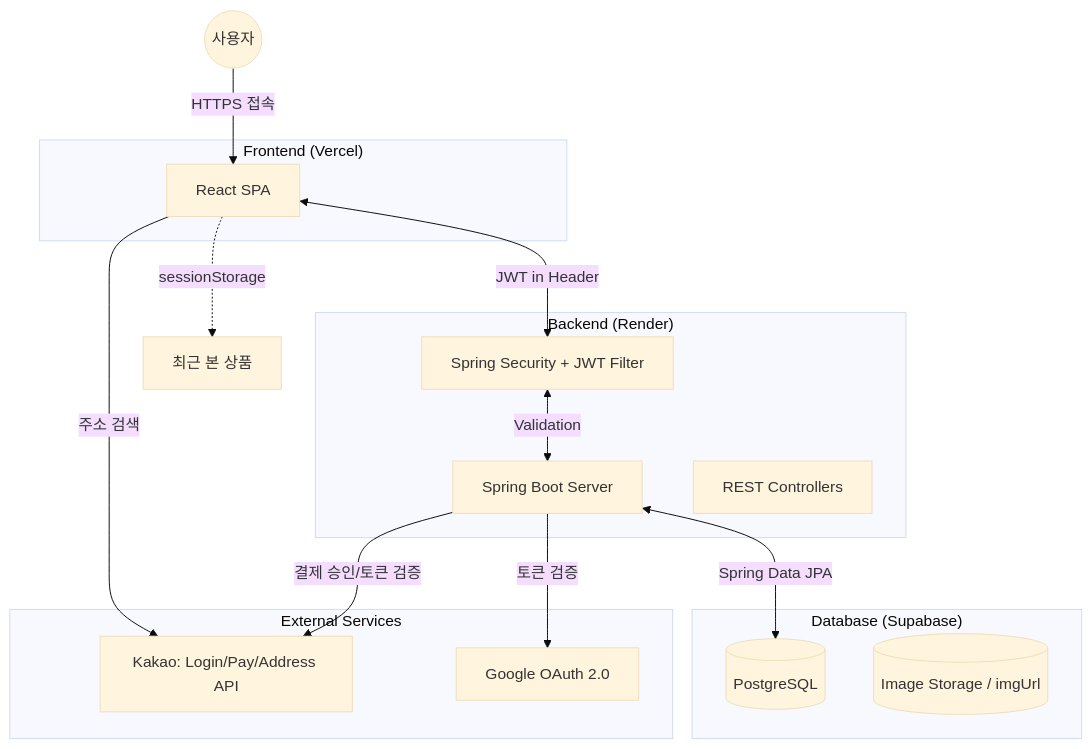
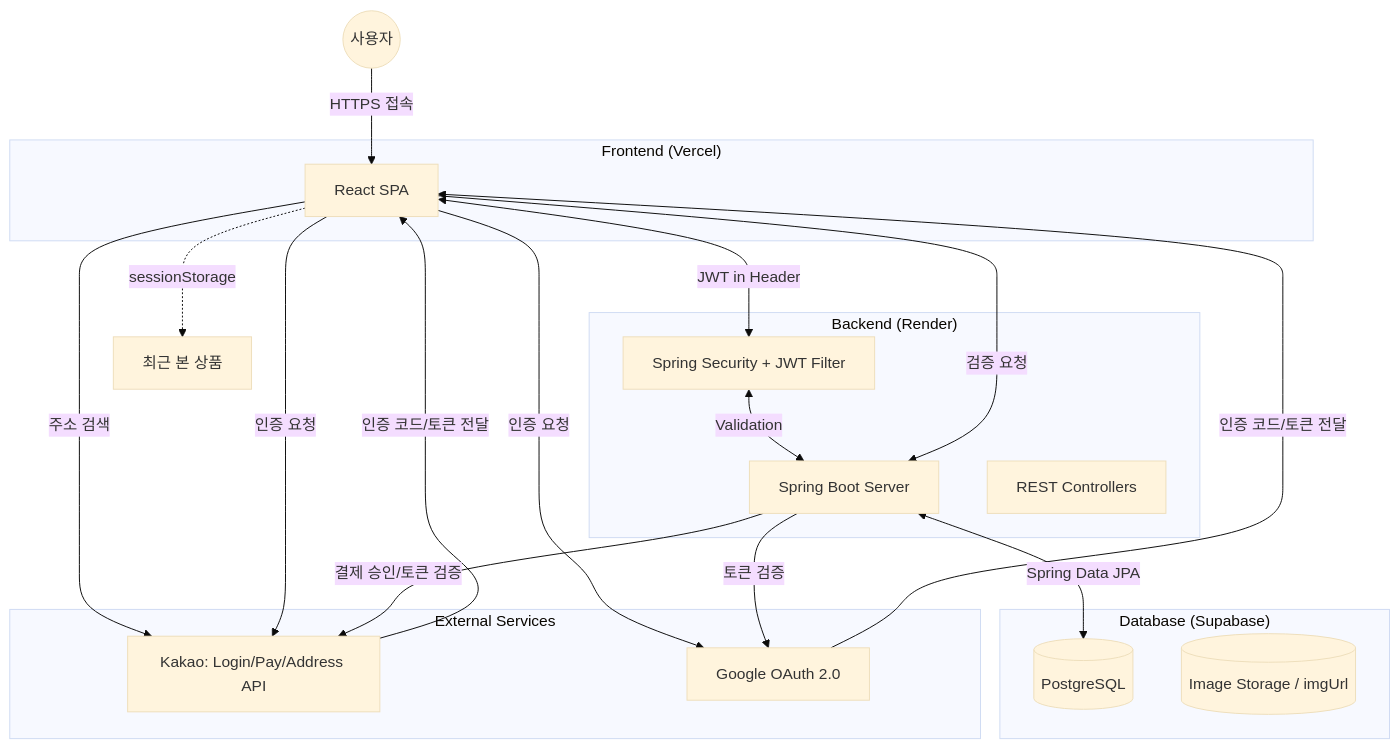
Before and after one commit to alsdudrj/react-shoe-shop-project: the diagram in README.md, drawn with Mermaid (base theme).

````diff
--- a/README.md
+++ b/README.md
@@ -98,35 +98,44 @@
 ```mermaid
 graph TD
     User((사용자))
     
     subgraph "Frontend (Vercel)"
         React[React SPA]
     end
 
     subgraph "Backend (Render)"
         SpringBoot[Spring Boot Server]
         Security[Spring Security + JWT Filter]
         Controller[REST Controllers]
     end
 
     subgraph "Database (Supabase)"
         DB[(PostgreSQL)]
         Storage[(Image Storage / imgUrl)]
     end
 
     subgraph "External Services"
         Kakao[Kakao: Login/Pay/Address API]
         OAuth[Google OAuth 2.0]
     end
 
     User -->|HTTPS 접속| React
     React <-->|JWT in Header| Security
     Security <-->|Validation| SpringBoot
     SpringBoot <-->|Spring Data JPA| DB
     
     React -- "주소 검색" --> Kakao
+
+    React -- "인증 요청" --> Kakao
+    React -- "인증 요청" --> OAuth
+
+    Kakao -- "인증 코드/토큰 전달" --> React
+    OAuth -- "인증 코드/토큰 전달" --> React
+
+    React -- "검증 요청" --> SpringBoot
+
     SpringBoot -- "토큰 검증" --> OAuth
     SpringBoot -- "결제 승인/토큰 검증" --> Kakao
     
     React -.->|sessionStorage| Sidebar[최근 본 상품]
 ```
````
